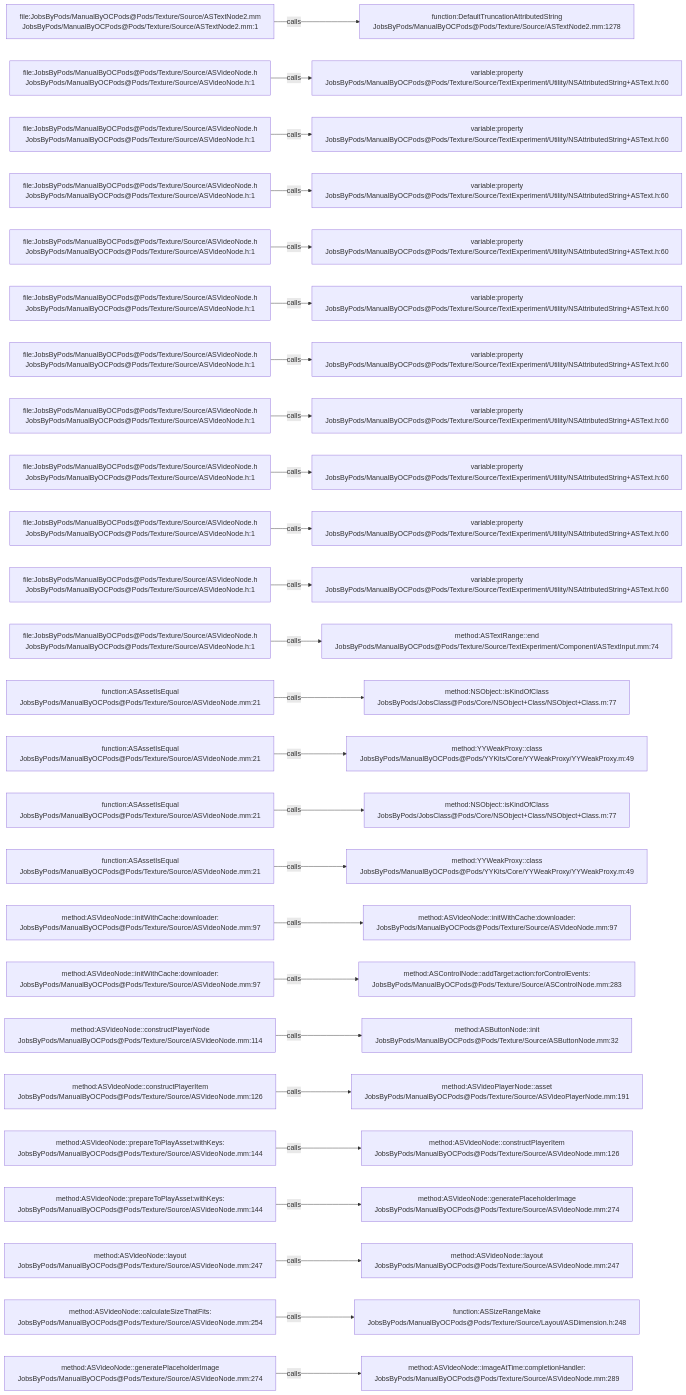
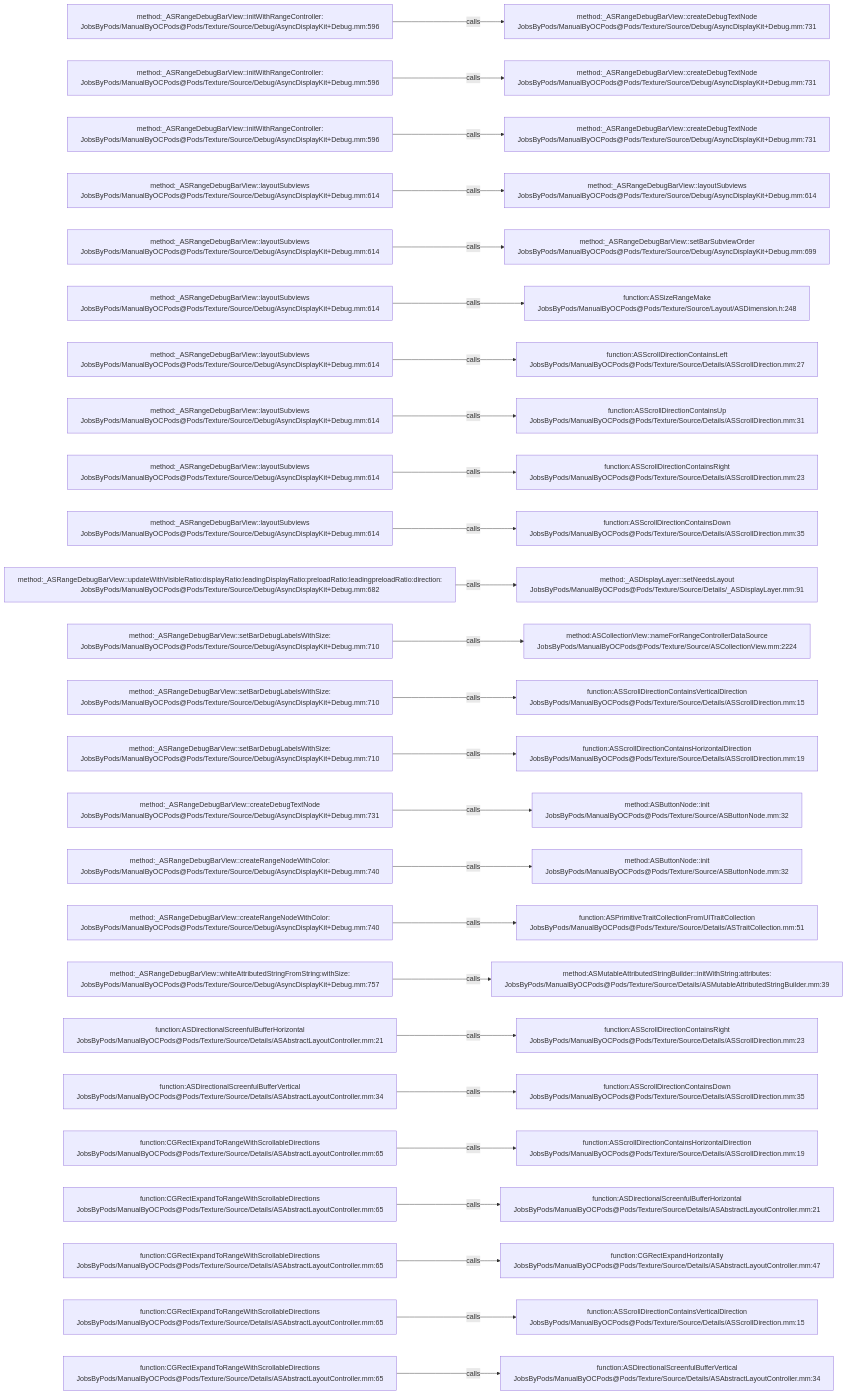
The diagram in .codegraph/codegraph.md/graphs/calls-134.md (JobsKits/JobsOCBaseConfigDemo), drawn with Mermaid before and after one commit. The commit also changed 2723 other files, not shown here.

````diff
--- a/.codegraph/codegraph.md/graphs/calls-134.md
+++ b/.codegraph/codegraph.md/graphs/calls-134.md
@@ -13,78 +13,78 @@
 ```mermaid
 flowchart LR
-  S1["file:JobsByPods/ManualByOCPods@Pods/Texture/Source/ASTextNode2.mm<br/>JobsByPods/ManualByOCPods@Pods/Texture/Source/ASTextNode2.mm:1"]
-  T1["function:DefaultTruncationAttributedString<br/>JobsByPods/ManualByOCPods@Pods/Texture/Source/ASTextNode2.mm:1278"]
+  S1["method:_ASRangeDebugBarView::initWithRangeController:<br/>JobsByPods/ManualByOCPods@Pods/Texture/Source/Debug/AsyncDisplayKit+Debug.mm:596"]
+  T1["method:_ASRangeDebugBarView::createDebugTextNode<br/>JobsByPods/ManualByOCPods@Pods/Texture/Source/Debug/AsyncDisplayKit+Debug.mm:731"]
   S1 -->|calls| T1
-  S2["file:JobsByPods/ManualByOCPods@Pods/Texture/Source/ASVideoNode.h<br/>JobsByPods/ManualByOCPods@Pods/Texture/Source/ASVideoNode.h:1"]
-  T2["variable:property<br/>JobsByPods/ManualByOCPods@Pods/Texture/Source/TextExperiment/Utility/NSAttributedString+ASText.h:60"]
+  S2["method:_ASRangeDebugBarView::initWithRangeController:<br/>JobsByPods/ManualByOCPods@Pods/Texture/Source/Debug/AsyncDisplayKit+Debug.mm:596"]
+  T2["method:_ASRangeDebugBarView::createDebugTextNode<br/>JobsByPods/ManualByOCPods@Pods/Texture/Source/Debug/AsyncDisplayKit+Debug.mm:731"]
   S2 -->|calls| T2
-  S3["file:JobsByPods/ManualByOCPods@Pods/Texture/Source/ASVideoNode.h<br/>JobsByPods/ManualByOCPods@Pods/Texture/Source/ASVideoNode.h:1"]
-  T3["variable:property<br/>JobsByPods/ManualByOCPods@Pods/Texture/Source/TextExperiment/Utility/NSAttributedString+ASText.h:60"]
+  S3["method:_ASRangeDebugBarView::initWithRangeController:<br/>JobsByPods/ManualByOCPods@Pods/Texture/Source/Debug/AsyncDisplayKit+Debug.mm:596"]
+  T3["method:_ASRangeDebugBarView::createDebugTextNode<br/>JobsByPods/ManualByOCPods@Pods/Texture/Source/Debug/AsyncDisplayKit+Debug.mm:731"]
   S3 -->|calls| T3
-  S4["file:JobsByPods/ManualByOCPods@Pods/Texture/Source/ASVideoNode.h<br/>JobsByPods/ManualByOCPods@Pods/Texture/Source/ASVideoNode.h:1"]
-  T4["variable:property<br/>JobsByPods/ManualByOCPods@Pods/Texture/Source/TextExperiment/Utility/NSAttributedString+ASText.h:60"]
+  S4["method:_ASRangeDebugBarView::layoutSubviews<br/>JobsByPods/ManualByOCPods@Pods/Texture/Source/Debug/AsyncDisplayKit+Debug.mm:614"]
+  T4["method:_ASRangeDebugBarView::layoutSubviews<br/>JobsByPods/ManualByOCPods@Pods/Texture/Source/Debug/AsyncDisplayKit+Debug.mm:614"]
   S4 -->|calls| T4
-  S5["file:JobsByPods/ManualByOCPods@Pods/Texture/Source/ASVideoNode.h<br/>JobsByPods/ManualByOCPods@Pods/Texture/Source/ASVideoNode.h:1"]
-  T5["variable:property<br/>JobsByPods/ManualByOCPods@Pods/Texture/Source/TextExperiment/Utility/NSAttributedString+ASText.h:60"]
+  S5["method:_ASRangeDebugBarView::layoutSubviews<br/>JobsByPods/ManualByOCPods@Pods/Texture/Source/Debug/AsyncDisplayKit+Debug.mm:614"]
+  T5["method:_ASRangeDebugBarView::setBarSubviewOrder<br/>JobsByPods/ManualByOCPods@Pods/Texture/Source/Debug/AsyncDisplayKit+Debug.mm:699"]
   S5 -->|calls| T5
-  S6["file:JobsByPods/ManualByOCPods@Pods/Texture/Source/ASVideoNode.h<br/>JobsByPods/ManualByOCPods@Pods/Texture/Source/ASVideoNode.h:1"]
-  T6["variable:property<br/>JobsByPods/ManualByOCPods@Pods/Texture/Source/TextExperiment/Utility/NSAttributedString+ASText.h:60"]
+  S6["method:_ASRangeDebugBarView::layoutSubviews<br/>JobsByPods/ManualByOCPods@Pods/Texture/Source/Debug/AsyncDisplayKit+Debug.mm:614"]
+  T6["function:ASSizeRangeMake<br/>JobsByPods/ManualByOCPods@Pods/Texture/Source/Layout/ASDimension.h:248"]
   S6 -->|calls| T6
-  S7["file:JobsByPods/ManualByOCPods@Pods/Texture/Source/ASVideoNode.h<br/>JobsByPods/ManualByOCPods@Pods/Texture/Source/ASVideoNode.h:1"]
-  T7["variable:property<br/>JobsByPods/ManualByOCPods@Pods/Texture/Source/TextExperiment/Utility/NSAttributedString+ASText.h:60"]
+  S7["method:_ASRangeDebugBarView::layoutSubviews<br/>JobsByPods/ManualByOCPods@Pods/Texture/Source/Debug/AsyncDisplayKit+Debug.mm:614"]
+  T7["function:ASScrollDirectionContainsLeft<br/>JobsByPods/ManualByOCPods@Pods/Texture/Source/Details/ASScrollDirection.mm:27"]
   S7 -->|calls| T7
-  S8["file:JobsByPods/ManualByOCPods@Pods/Texture/Source/ASVideoNode.h<br/>JobsByPods/ManualByOCPods@Pods/Texture/Source/ASVideoNode.h:1"]
-  T8["variable:property<br/>JobsByPods/ManualByOCPods@Pods/Texture/Source/TextExperiment/Utility/NSAttributedString+ASText.h:60"]
+  S8["method:_ASRangeDebugBarView::layoutSubviews<br/>JobsByPods/ManualByOCPods@Pods/Texture/Source/Debug/AsyncDisplayKit+Debug.mm:614"]
+  T8["function:ASScrollDirectionContainsUp<br/>JobsByPods/ManualByOCPods@Pods/Texture/Source/Details/ASScrollDirection.mm:31"]
   S8 -->|calls| T8
-  S9["file:JobsByPods/ManualByOCPods@Pods/Texture/Source/ASVideoNode.h<br/>JobsByPods/ManualByOCPods@Pods/Texture/Source/ASVideoNode.h:1"]
-  T9["variable:property<br/>JobsByPods/ManualByOCPods@Pods/Texture/Source/TextExperiment/Utility/NSAttributedString+ASText.h:60"]
+  S9["method:_ASRangeDebugBarView::layoutSubviews<br/>JobsByPods/ManualByOCPods@Pods/Texture/Source/Debug/AsyncDisplayKit+Debug.mm:614"]
+  T9["function:ASScrollDirectionContainsRight<br/>JobsByPods/ManualByOCPods@Pods/Texture/Source/Details/ASScrollDirection.mm:23"]
   S9 -->|calls| T9
-  S10["file:JobsByPods/ManualByOCPods@Pods/Texture/Source/ASVideoNode.h<br/>JobsByPods/ManualByOCPods@Pods/Texture/Source/ASVideoNode.h:1"]
-  T10["variable:property<br/>JobsByPods/ManualByOCPods@Pods/Texture/Source/TextExperiment/Utility/NSAttributedString+ASText.h:60"]
+  S10["method:_ASRangeDebugBarView::layoutSubviews<br/>JobsByPods/ManualByOCPods@Pods/Texture/Source/Debug/AsyncDisplayKit+Debug.mm:614"]
+  T10["function:ASScrollDirectionContainsDown<br/>JobsByPods/ManualByOCPods@Pods/Texture/Source/Details/ASScrollDirection.mm:35"]
   S10 -->|calls| T10
-  S11["file:JobsByPods/ManualByOCPods@Pods/Texture/Source/ASVideoNode.h<br/>JobsByPods/ManualByOCPods@Pods/Texture/Source/ASVideoNode.h:1"]
-  T11["variable:property<br/>JobsByPods/ManualByOCPods@Pods/Texture/Source/TextExperiment/Utility/NSAttributedString+ASText.h:60"]
+  S11["method:_ASRangeDebugBarView::updateWithVisibleRatio:displayRatio:leadingDisplayRatio:preloadRatio:leadingpreloadRatio:direction:<br/>JobsByPods/ManualByOCPods@Pods/Texture/Source/Debug/AsyncDisplayKit+Debug.mm:682"]
+  T11["method:_ASDisplayLayer::setNeedsLayout<br/>JobsByPods/ManualByOCPods@Pods/Texture/Source/Details/_ASDisplayLayer.mm:91"]
   S11 -->|calls| T11
-  S12["file:JobsByPods/ManualByOCPods@Pods/Texture/Source/ASVideoNode.h<br/>JobsByPods/ManualByOCPods@Pods/Texture/Source/ASVideoNode.h:1"]
-  T12["method:ASTextRange::end<br/>JobsByPods/ManualByOCPods@Pods/Texture/Source/TextExperiment/Component/ASTextInput.mm:74"]
+  S12["method:_ASRangeDebugBarView::setBarDebugLabelsWithSize:<br/>JobsByPods/ManualByOCPods@Pods/Texture/Source/Debug/AsyncDisplayKit+Debug.mm:710"]
+  T12["method:ASCollectionView::nameForRangeControllerDataSource<br/>JobsByPods/ManualByOCPods@Pods/Texture/Source/ASCollectionView.mm:2224"]
   S12 -->|calls| T12
-  S13["function:ASAssetIsEqual<br/>JobsByPods/ManualByOCPods@Pods/Texture/Source/ASVideoNode.mm:21"]
-  T13["method:NSObject::isKindOfClass<br/>JobsByPods/JobsClass@Pods/Core/NSObject+Class/NSObject+Class.m:77"]
+  S13["method:_ASRangeDebugBarView::setBarDebugLabelsWithSize:<br/>JobsByPods/ManualByOCPods@Pods/Texture/Source/Debug/AsyncDisplayKit+Debug.mm:710"]
+  T13["function:ASScrollDirectionContainsVerticalDirection<br/>JobsByPods/ManualByOCPods@Pods/Texture/Source/Details/ASScrollDirection.mm:15"]
   S13 -->|calls| T13
-  S14["function:ASAssetIsEqual<br/>JobsByPods/ManualByOCPods@Pods/Texture/Source/ASVideoNode.mm:21"]
-  T14["method:YYWeakProxy::class<br/>JobsByPods/ManualByOCPods@Pods/YYKits/Core/YYWeakProxy/YYWeakProxy.m:49"]
+  S14["method:_ASRangeDebugBarView::setBarDebugLabelsWithSize:<br/>JobsByPods/ManualByOCPods@Pods/Texture/Source/Debug/AsyncDisplayKit+Debug.mm:710"]
+  T14["function:ASScrollDirectionContainsHorizontalDirection<br/>JobsByPods/ManualByOCPods@Pods/Texture/Source/Details/ASScrollDirection.mm:19"]
   S14 -->|calls| T14
-  S15["function:ASAssetIsEqual<br/>JobsByPods/ManualByOCPods@Pods/Texture/Source/ASVideoNode.mm:21"]
-  T15["method:NSObject::isKindOfClass<br/>JobsByPods/JobsClass@Pods/Core/NSObject+Class/NSObject+Class.m:77"]
+  S15["method:_ASRangeDebugBarView::createDebugTextNode<br/>JobsByPods/ManualByOCPods@Pods/Texture/Source/Debug/AsyncDisplayKit+Debug.mm:731"]
+  T15["method:ASButtonNode::init<br/>JobsByPods/ManualByOCPods@Pods/Texture/Source/ASButtonNode.mm:32"]
   S15 -->|calls| T15
-  S16["function:ASAssetIsEqual<br/>JobsByPods/ManualByOCPods@Pods/Texture/Source/ASVideoNode.mm:21"]
-  T16["method:YYWeakProxy::class<br/>JobsByPods/ManualByOCPods@Pods/YYKits/Core/YYWeakProxy/YYWeakProxy.m:49"]
+  S16["method:_ASRangeDebugBarView::createRangeNodeWithColor:<br/>JobsByPods/ManualByOCPods@Pods/Texture/Source/Debug/AsyncDisplayKit+Debug.mm:740"]
+  T16["method:ASButtonNode::init<br/>JobsByPods/ManualByOCPods@Pods/Texture/Source/ASButtonNode.mm:32"]
   S16 -->|calls| T16
-  S17["method:ASVideoNode::initWithCache:downloader:<br/>JobsByPods/ManualByOCPods@Pods/Texture/Source/ASVideoNode.mm:97"]
-  T17["method:ASVideoNode::initWithCache:downloader:<br/>JobsByPods/ManualByOCPods@Pods/Texture/Source/ASVideoNode.mm:97"]
+  S17["method:_ASRangeDebugBarView::createRangeNodeWithColor:<br/>JobsByPods/ManualByOCPods@Pods/Texture/Source/Debug/AsyncDisplayKit+Debug.mm:740"]
+  T17["function:ASPrimitiveTraitCollectionFromUITraitCollection<br/>JobsByPods/ManualByOCPods@Pods/Texture/Source/Details/ASTraitCollection.mm:51"]
   S17 -->|calls| T17
-  S18["method:ASVideoNode::initWithCache:downloader:<br/>JobsByPods/ManualByOCPods@Pods/Texture/Source/ASVideoNode.mm:97"]
-  T18["method:ASControlNode::addTarget:action:forControlEvents:<br/>JobsByPods/ManualByOCPods@Pods/Texture/Source/ASControlNode.mm:283"]
+  S18["method:_ASRangeDebugBarView::whiteAttributedStringFromString:withSize:<br/>JobsByPods/ManualByOCPods@Pods/Texture/Source/Debug/AsyncDisplayKit+Debug.mm:757"]
+  T18["method:ASMutableAttributedStringBuilder::initWithString:attributes:<br/>JobsByPods/ManualByOCPods@Pods/Texture/Source/Details/ASMutableAttributedStringBuilder.mm:39"]
   S18 -->|calls| T18
-  S19["method:ASVideoNode::constructPlayerNode<br/>JobsByPods/ManualByOCPods@Pods/Texture/Source/ASVideoNode.mm:114"]
-  T19["method:ASButtonNode::init<br/>JobsByPods/ManualByOCPods@Pods/Texture/Source/ASButtonNode.mm:32"]
+  S19["function:ASDirectionalScreenfulBufferHorizontal<br/>JobsByPods/ManualByOCPods@Pods/Texture/Source/Details/ASAbstractLayoutController.mm:21"]
+  T19["function:ASScrollDirectionContainsRight<br/>JobsByPods/ManualByOCPods@Pods/Texture/Source/Details/ASScrollDirection.mm:23"]
   S19 -->|calls| T19
-  S20["method:ASVideoNode::constructPlayerItem<br/>JobsByPods/ManualByOCPods@Pods/Texture/Source/ASVideoNode.mm:126"]
-  T20["method:ASVideoPlayerNode::asset<br/>JobsByPods/ManualByOCPods@Pods/Texture/Source/ASVideoPlayerNode.mm:191"]
+  S20["function:ASDirectionalScreenfulBufferVertical<br/>JobsByPods/ManualByOCPods@Pods/Texture/Source/Details/ASAbstractLayoutController.mm:34"]
+  T20["function:ASScrollDirectionContainsDown<br/>JobsByPods/ManualByOCPods@Pods/Texture/Source/Details/ASScrollDirection.mm:35"]
   S20 -->|calls| T20
-  S21["method:ASVideoNode::prepareToPlayAsset:withKeys:<br/>JobsByPods/ManualByOCPods@Pods/Texture/Source/ASVideoNode.mm:144"]
-  T21["method:ASVideoNode::constructPlayerItem<br/>JobsByPods/ManualByOCPods@Pods/Texture/Source/ASVideoNode.mm:126"]
+  S21["function:CGRectExpandToRangeWithScrollableDirections<br/>JobsByPods/ManualByOCPods@Pods/Texture/Source/Details/ASAbstractLayoutController.mm:65"]
+  T21["function:ASScrollDirectionContainsHorizontalDirection<br/>JobsByPods/ManualByOCPods@Pods/Texture/Source/Details/ASScrollDirection.mm:19"]
   S21 -->|calls| T21
-  S22["method:ASVideoNode::prepareToPlayAsset:withKeys:<br/>JobsByPods/ManualByOCPods@Pods/Texture/Source/ASVideoNode.mm:144"]
-  T22["method:ASVideoNode::generatePlaceholderImage<br/>JobsByPods/ManualByOCPods@Pods/Texture/Source/ASVideoNode.mm:274"]
+  S22["function:CGRectExpandToRangeWithScrollableDirections<br/>JobsByPods/ManualByOCPods@Pods/Texture/Source/Details/ASAbstractLayoutController.mm:65"]
+  T22["function:ASDirectionalScreenfulBufferHorizontal<br/>JobsByPods/ManualByOCPods@Pods/Texture/Source/Details/ASAbstractLayoutController.mm:21"]
   S22 -->|calls| T22
-  S23["method:ASVideoNode::layout<br/>JobsByPods/ManualByOCPods@Pods/Texture/Source/ASVideoNode.mm:247"]
-  T23["method:ASVideoNode::layout<br/>JobsByPods/ManualByOCPods@Pods/Texture/Source/ASVideoNode.mm:247"]
+  S23["function:CGRectExpandToRangeWithScrollableDirections<br/>JobsByPods/ManualByOCPods@Pods/Texture/Source/Details/ASAbstractLayoutController.mm:65"]
+  T23["function:CGRectExpandHorizontally<br/>JobsByPods/ManualByOCPods@Pods/Texture/Source/Details/ASAbstractLayoutController.mm:47"]
   S23 -->|calls| T23
-  S24["method:ASVideoNode::calculateSizeThatFits:<br/>JobsByPods/ManualByOCPods@Pods/Texture/Source/ASVideoNode.mm:254"]
-  T24["function:ASSizeRangeMake<br/>JobsByPods/ManualByOCPods@Pods/Texture/Source/Layout/ASDimension.h:248"]
+  S24["function:CGRectExpandToRangeWithScrollableDirections<br/>JobsByPods/ManualByOCPods@Pods/Texture/Source/Details/ASAbstractLayoutController.mm:65"]
+  T24["function:ASScrollDirectionContainsVerticalDirection<br/>JobsByPods/ManualByOCPods@Pods/Texture/Source/Details/ASScrollDirection.mm:15"]
   S24 -->|calls| T24
-  S25["method:ASVideoNode::generatePlaceholderImage<br/>JobsByPods/ManualByOCPods@Pods/Texture/Source/ASVideoNode.mm:274"]
-  T25["method:ASVideoNode::imageAtTime:completionHandler:<br/>JobsByPods/ManualByOCPods@Pods/Texture/Source/ASVideoNode.mm:289"]
+  S25["function:CGRectExpandToRangeWithScrollableDirections<br/>JobsByPods/ManualByOCPods@Pods/Texture/Source/Details/ASAbstractLayoutController.mm:65"]
+  T25["function:ASDirectionalScreenfulBufferVertical<br/>JobsByPods/ManualByOCPods@Pods/Texture/Source/Details/ASAbstractLayoutController.mm:34"]
   S25 -->|calls| T25
 ```
````
